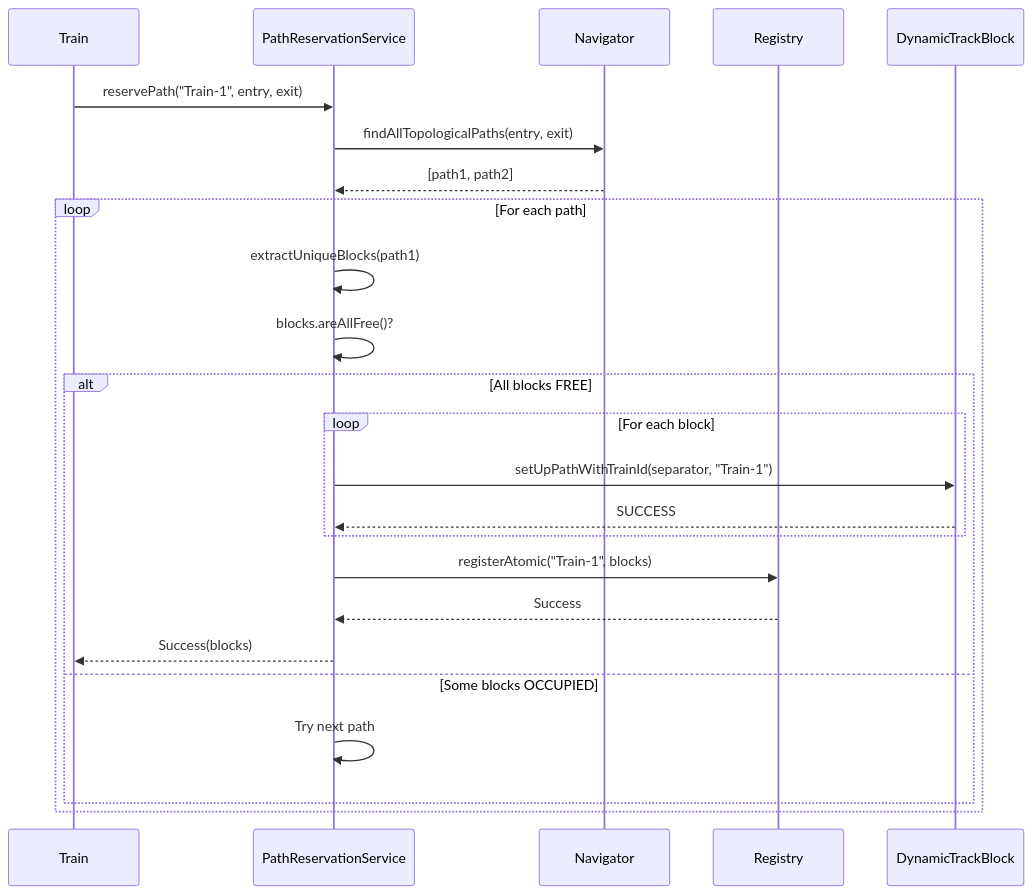
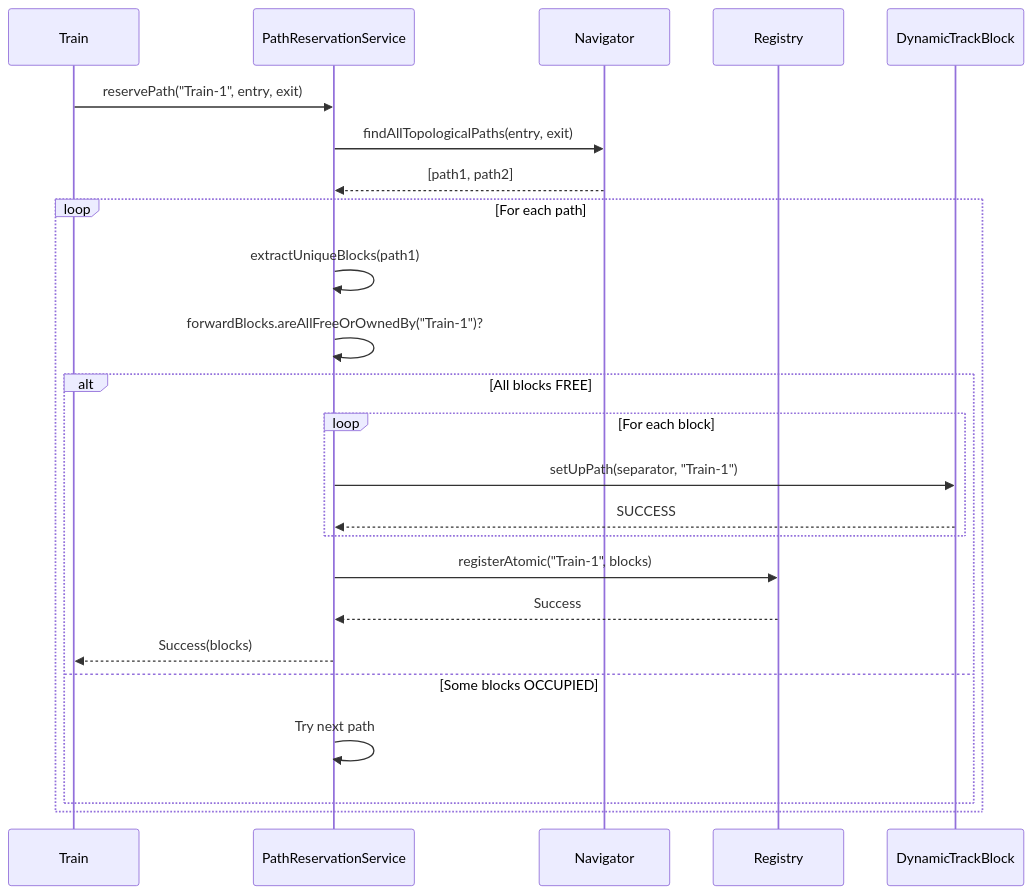
One commit to bedaHovorka/interlockSim changed the second of 6 diagrams in docs/PATH_RESERVATION_ARCHITECTURE.md. Above: the diagram before and after it, drawn with Mermaid. The commit also changed other lines of this file and 2 other files, not shown here.

First line of the commit message:
Correct the path-reservation architecture docs to the post-SP12 code (#1263)

````diff
--- a/docs/PATH_RESERVATION_ARCHITECTURE.md
+++ b/docs/PATH_RESERVATION_ARCHITECTURE.md
@@ -838,28 +781,28 @@
 ```mermaid
 sequenceDiagram
     participant Train
     participant Service as PathReservationService
     participant Navigator
     participant Registry
     participant Block as DynamicTrackBlock
 
     Train->>Service: reservePath("Train-1", entry, exit)
     Service->>Navigator: findAllTopologicalPaths(entry, exit)
     Navigator-->>Service: [path1, path2]
 
     loop For each path
         Service->>Service: extractUniqueBlocks(path1)
-        Service->>Service: blocks.areAllFree()?
+        Service->>Service: forwardBlocks.areAllFreeOrOwnedBy("Train-1")?
         alt All blocks FREE
             loop For each block
-                Service->>Block: setUpPathWithTrainId(separator, "Train-1")
+                Service->>Block: setUpPath(separator, "Train-1")
                 Block-->>Service: SUCCESS
             end
             Service->>Registry: registerAtomic("Train-1", blocks)
             Registry-->>Service: Success
             Service-->>Train: Success(blocks)
         else Some blocks OCCUPIED
             Service->>Service: Try next path
         end
     end
 ```
````
